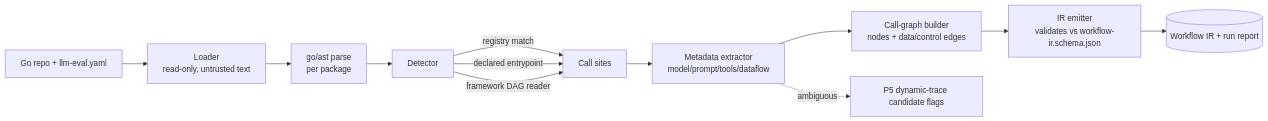
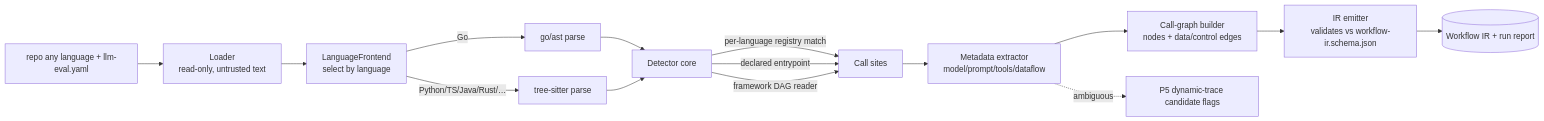
The diagram in docs/prd/P1-discovery-mvp.md (damonleelcx/heros-agent), drawn with Mermaid before and after one commit. The commit also changed other lines of this file and 119 other files, not shown here.

````diff
--- a/docs/prd/P1-discovery-mvp.md
+++ b/docs/prd/P1-discovery-mvp.md
@@ -165,14 +205,17 @@
 ```mermaid
 flowchart LR
-  A[Go repo + llm-eval.yaml] --> B[Loader<br/>read-only, untrusted text]
-  B --> C[go/ast parse<br/>per package]
-  C --> D[Detector]
-  D -->|registry match| E[Call sites]
+  A[repo any language + llm-eval.yaml] --> B[Loader<br/>read-only, untrusted text]
+  B --> LF[LanguageFrontend<br/>select by language]
+  LF -->|Go| C1[go/ast parse]
+  LF -->|Python/TS/Java/Rust/…| C2[tree-sitter parse]
+  C1 --> D[Detector core]
+  C2 --> D
+  D -->|per-language registry match| E[Call sites]
   D -->|declared entrypoint| E
   D -->|framework DAG reader| E
   E --> F[Metadata extractor<br/>model/prompt/tools/dataflow]
   F --> G[Call-graph builder<br/>nodes + data/control edges]
   G --> H[IR emitter<br/>validates vs workflow-ir.schema.json]
   F -.ambiguous.-> I[P5 dynamic-trace candidate flags]
   H --> J[(Workflow IR + run report)]
 ```
````
